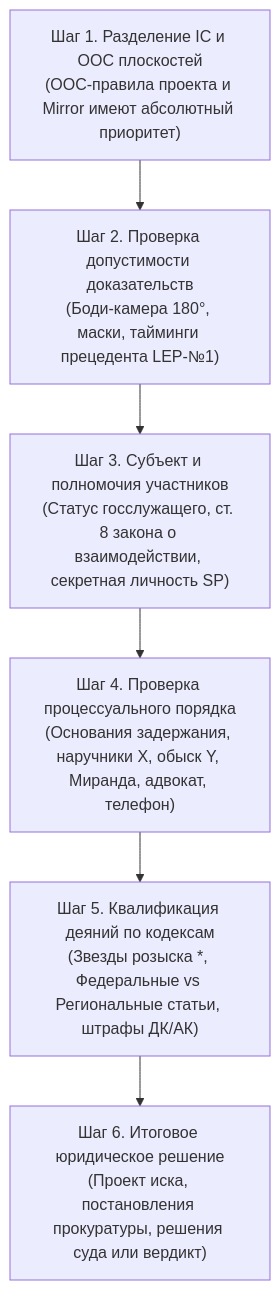
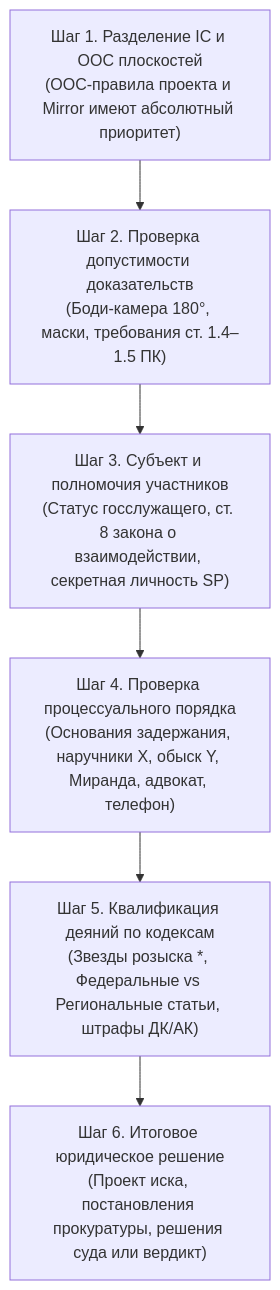
One commit to Efa1ny/AISkill4gta5rp changed the diagram in gta5rp-mirror-legislation/SKILL.md. Above: the diagram before and after it, drawn with Mermaid. The commit also changed other lines of this file and 65 other files, not shown here.

````diff
--- a/gta5rp-mirror-legislation/SKILL.md
+++ b/gta5rp-mirror-legislation/SKILL.md
@@ -77,15 +68,15 @@
 ```mermaid
 flowchart TD
     Step1["Шаг 1. Разделение IC и OOC плоскостей\n(OOC-правила проекта и Mirror имеют абсолютный приоритет)"]
-    Step2["Шаг 2. Проверка допустимости доказательств\n(Боди-камера 180°, маски, тайминги прецедента LEP-№1)"]
+    Step2["Шаг 2. Проверка допустимости доказательств\n(Боди-камера 180°, маски, требования ст. 1.4–1.5 ПК)"]
     Step3["Шаг 3. Субъект и полномочия участников\n(Статус госслужащего, ст. 8 закона о взаимодействии, секретная личность SP)"]
     Step4["Шаг 4. Проверка процессуального порядка\n(Основания задержания, наручники X, обыск Y, Миранда, адвокат, телефон)"]
     Step5["Шаг 5. Квалификация деяний по кодексам\n(Звезды розыска *, Федеральные vs Региональные статьи, штрафы ДК/АК)"]
     Step6["Шаг 6. Итоговое юридическое решение\n(Проект иска, постановления прокуратуры, решения суда или вердикт)"]
 
     Step1 --> Step2
     Step2 --> Step3
     Step3 --> Step4
     Step4 --> Step5
     Step5 --> Step6
 ```
````
